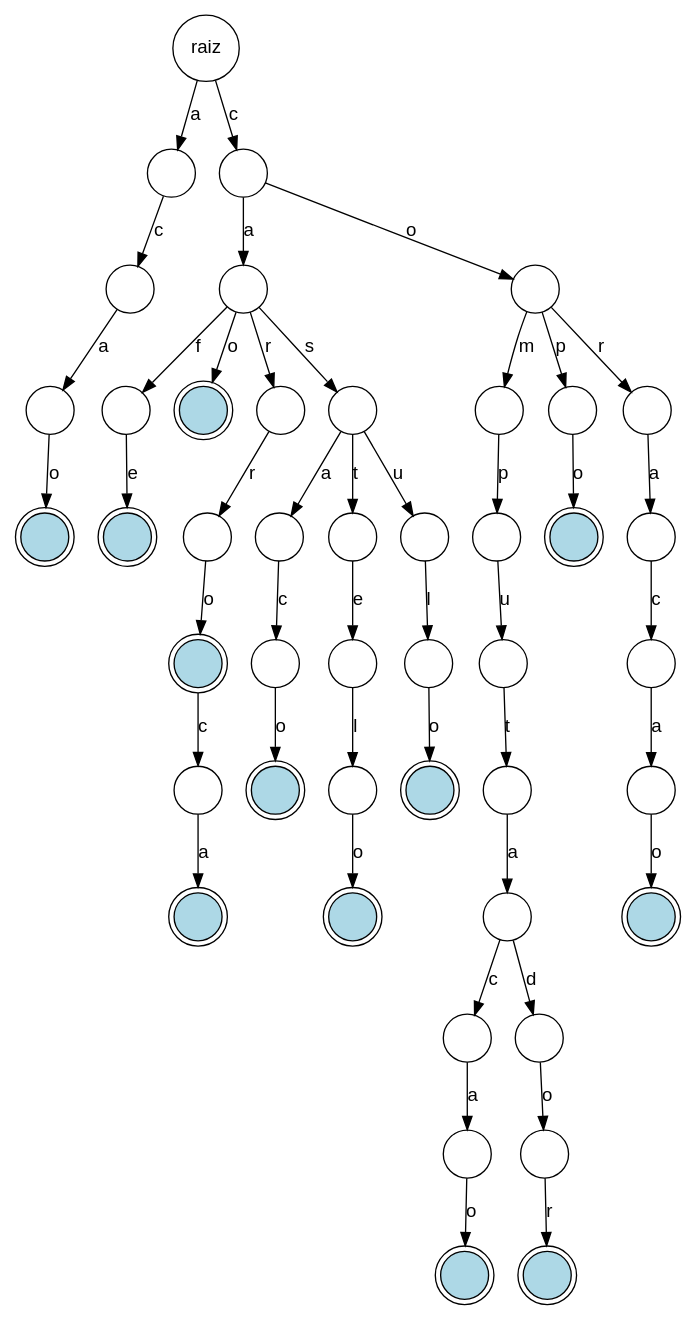
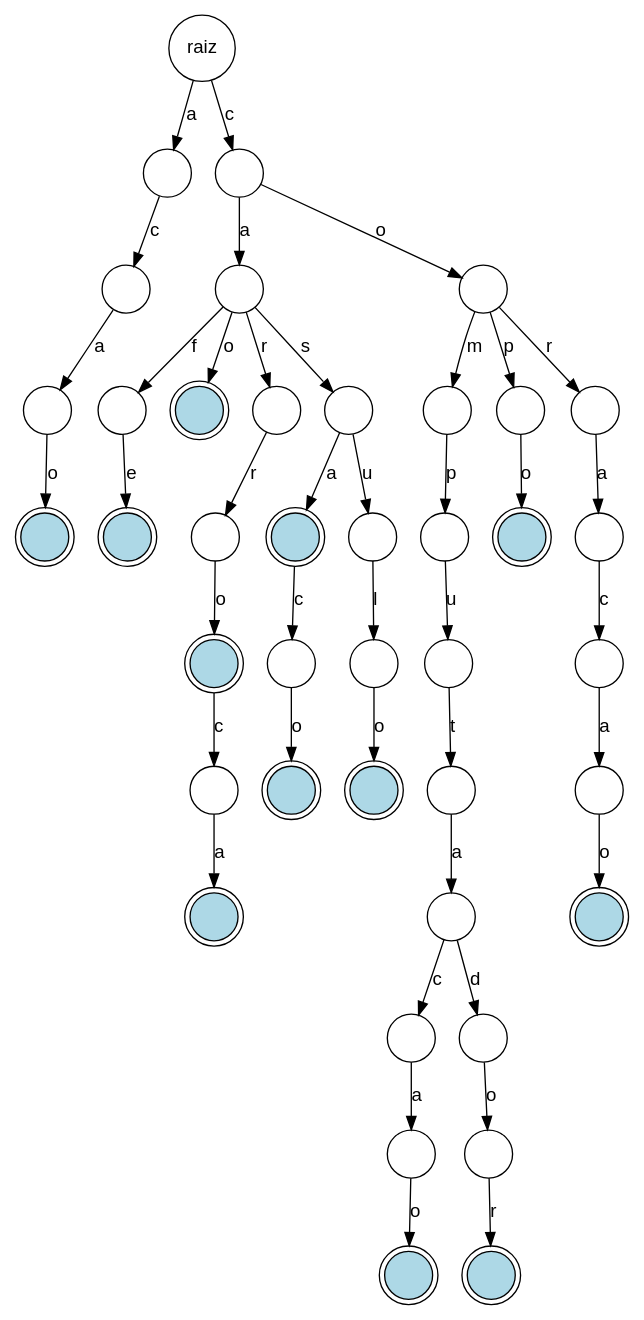
The diagram in data/output/dot/trie3.dot (Ritaa-Marie/Trabalho-Arvores-AEDES2), drawn with Graphviz before and after one commit. The commit also changed 7 other files, not shown here.

```diff
--- a/data/output/dot/trie3.dot
+++ b/data/output/dot/trie3.dot
@@ -1,93 +1,85 @@
 digraph Trie {
     node [fontname="Arial"];
     edge [fontname="Arial"];
-    "0x5fc26b02f550" [label="raiz", shape=circle];
-    "0x5fc26b02f550" -> "0x5fc26b030dd0" [label="a"];
-    "0x5fc26b030dd0" [label="", shape=circle];
-    "0x5fc26b030dd0" -> "0x5fc26b030eb0" [label="c"];
-    "0x5fc26b030eb0" [label="", shape=circle];
-    "0x5fc26b030eb0" -> "0x5fc26b030f90" [label="a"];
-    "0x5fc26b030f90" [label="", shape=circle];
-    "0x5fc26b030f90" -> "0x5fc26b031070" [label="o"];
-    "0x5fc26b031070" [label="", shape=doublecircle, style=filled, fillcolor=lightblue];
-    "0x5fc26b02f550" -> "0x5fc26b02f630" [label="c"];
-    "0x5fc26b02f630" [label="", shape=circle];
-    "0x5fc26b02f630" -> "0x5fc26b02f710" [label="a"];
-    "0x5fc26b02f710" [label="", shape=circle];
-    "0x5fc26b02f710" -> "0x5fc26b02fe10" [label="f"];
-    "0x5fc26b02fe10" [label="", shape=circle];
-    "0x5fc26b02fe10" -> "0x5fc26b02fef0" [label="e"];
-    "0x5fc26b02fef0" [label="", shape=doublecircle, style=filled, fillcolor=lightblue];
-    "0x5fc26b02f710" -> "0x5fc26b0307b0" [label="o"];
-    "0x5fc26b0307b0" [label="", shape=doublecircle, style=filled, fillcolor=lightblue];
-    "0x5fc26b02f710" -> "0x5fc26b02fb70" [label="r"];
-    "0x5fc26b02fb70" [label="", shape=circle];
-    "0x5fc26b02fb70" -> "0x5fc26b02fc50" [label="r"];
-    "0x5fc26b02fc50" [label="", shape=circle];
-    "0x5fc26b02fc50" -> "0x5fc26b02fd30" [label="o"];
-    "0x5fc26b02fd30" [label="", shape=doublecircle, style=filled, fillcolor=lightblue];
-    "0x5fc26b02fd30" -> "0x5fc26b0305f0" [label="c"];
-    "0x5fc26b0305f0" [label="", shape=circle];
-    "0x5fc26b0305f0" -> "0x5fc26b0306d0" [label="a"];
-    "0x5fc26b0306d0" [label="", shape=doublecircle, style=filled, fillcolor=lightblue];
-    "0x5fc26b02f710" -> "0x5fc26b02f7f0" [label="s"];
-    "0x5fc26b02f7f0" [label="", shape=circle];
-    "0x5fc26b02f7f0" -> "0x5fc26b02f8d0" [label="a"];
-    "0x5fc26b02f8d0" [label="", shape=circle];
-    "0x5fc26b02f8d0" -> "0x5fc26b02f9b0" [label="c"];
-    "0x5fc26b02f9b0" [label="", shape=circle];
-    "0x5fc26b02f9b0" -> "0x5fc26b02fa90" [label="o"];
-    "0x5fc26b02fa90" [label="", shape=doublecircle, style=filled, fillcolor=lightblue];
-    "0x5fc26b02f7f0" -> "0x5fc26b02ffd0" [label="t"];
-    "0x5fc26b02ffd0" [label="", shape=circle];
-    "0x5fc26b02ffd0" -> "0x5fc26b0300b0" [label="e"];
-    "0x5fc26b0300b0" [label="", shape=circle];
-    "0x5fc26b0300b0" -> "0x5fc26b030190" [label="l"];
-    "0x5fc26b030190" [label="", shape=circle];
-    "0x5fc26b030190" -> "0x5fc26b030270" [label="o"];
-    "0x5fc26b030270" [label="", shape=doublecircle, style=filled, fillcolor=lightblue];
-    "0x5fc26b02f7f0" -> "0x5fc26b030350" [label="u"];
-    "0x5fc26b030350" [label="", shape=circle];
-    "0x5fc26b030350" -> "0x5fc26b030430" [label="l"];
-    "0x5fc26b030430" [label="", shape=circle];
-    "0x5fc26b030430" -> "0x5fc26b030510" [label="o"];
-    "0x5fc26b030510" [label="", shape=doublecircle, style=filled, fillcolor=lightblue];
-    "0x5fc26b02f630" -> "0x5fc26b030890" [label="o"];
-    "0x5fc26b030890" [label="", shape=circle];
-    "0x5fc26b030890" -> "0x5fc26b031150" [label="m"];
-    "0x5fc26b031150" [label="", shape=circle];
-    "0x5fc26b031150" -> "0x5fc26b031230" [label="p"];
-    "0x5fc26b031230" [label="", shape=circle];
-    "0x5fc26b031230" -> "0x5fc26b031310" [label="u"];
-    "0x5fc26b031310" [label="", shape=circle];
-    "0x5fc26b031310" -> "0x5fc26b0313f0" [label="t"];
-    "0x5fc26b0313f0" [label="", shape=circle];
-    "0x5fc26b0313f0" -> "0x5fc26b0314d0" [label="a"];
-    "0x5fc26b0314d0" [label="", shape=circle];
-    "0x5fc26b0314d0" -> "0x5fc26b0315b0" [label="c"];
-    "0x5fc26b0315b0" [label="", shape=circle];
-    "0x5fc26b0315b0" -> "0x5fc26b031690" [label="a"];
-    "0x5fc26b031690" [label="", shape=circle];
-    "0x5fc26b031690" -> "0x5fc26b031770" [label="o"];
-    "0x5fc26b031770" [label="", shape=doublecircle, style=filled, fillcolor=lightblue];
-    "0x5fc26b0314d0" -> "0x5fc26b031c20" [label="d"];
-    "0x5fc26b031c20" [label="", shape=circle];
-    "0x5fc26b031c20" -> "0x5fc26b031d00" [label="o"];
-    "0x5fc26b031d00" [label="", shape=circle];
-    "0x5fc26b031d00" -> "0x5fc26b031de0" [label="r"];
-    "0x5fc26b031de0" [label="", shape=doublecircle, style=filled, fillcolor=lightblue];
-    "0x5fc26b030890" -> "0x5fc26b031850" [label="p"];
-    "0x5fc26b031850" [label="", shape=circle];
-    "0x5fc26b031850" -> "0x5fc26b031930" [label="o"];
-    "0x5fc26b031930" [label="", shape=doublecircle, style=filled, fillcolor=lightblue];
-    "0x5fc26b030890" -> "0x5fc26b030970" [label="r"];
-    "0x5fc26b030970" [label="", shape=circle];
-    "0x5fc26b030970" -> "0x5fc26b030a50" [label="a"];
-    "0x5fc26b030a50" [label="", shape=circle];
-    "0x5fc26b030a50" -> "0x5fc26b030b30" [label="c"];
-    "0x5fc26b030b30" [label="", shape=circle];
-    "0x5fc26b030b30" -> "0x5fc26b030c10" [label="a"];
-    "0x5fc26b030c10" [label="", shape=circle];
-    "0x5fc26b030c10" -> "0x5fc26b030cf0" [label="o"];
-    "0x5fc26b030cf0" [label="", shape=doublecircle, style=filled, fillcolor=lightblue];
+    "0x60b80f90e550" [label="raiz", shape=circle];
+    "0x60b80f90e550" -> "0x60b80f90fdd0" [label="a"];
+    "0x60b80f90fdd0" [label="", shape=circle];
+    "0x60b80f90fdd0" -> "0x60b80f90feb0" [label="c"];
+    "0x60b80f90feb0" [label="", shape=circle];
+    "0x60b80f90feb0" -> "0x60b80f90ff90" [label="a"];
+    "0x60b80f90ff90" [label="", shape=circle];
+    "0x60b80f90ff90" -> "0x60b80f910070" [label="o"];
+    "0x60b80f910070" [label="", shape=doublecircle, style=filled, fillcolor=lightblue];
+    "0x60b80f90e550" -> "0x60b80f90e630" [label="c"];
+    "0x60b80f90e630" [label="", shape=circle];
+    "0x60b80f90e630" -> "0x60b80f90e710" [label="a"];
+    "0x60b80f90e710" [label="", shape=circle];
+    "0x60b80f90e710" -> "0x60b80f90ee10" [label="f"];
+    "0x60b80f90ee10" [label="", shape=circle];
+    "0x60b80f90ee10" -> "0x60b80f90eef0" [label="e"];
+    "0x60b80f90eef0" [label="", shape=doublecircle, style=filled, fillcolor=lightblue];
+    "0x60b80f90e710" -> "0x60b80f90f7b0" [label="o"];
+    "0x60b80f90f7b0" [label="", shape=doublecircle, style=filled, fillcolor=lightblue];
+    "0x60b80f90e710" -> "0x60b80f90eb70" [label="r"];
+    "0x60b80f90eb70" [label="", shape=circle];
+    "0x60b80f90eb70" -> "0x60b80f90ec50" [label="r"];
+    "0x60b80f90ec50" [label="", shape=circle];
+    "0x60b80f90ec50" -> "0x60b80f90ed30" [label="o"];
+    "0x60b80f90ed30" [label="", shape=doublecircle, style=filled, fillcolor=lightblue];
+    "0x60b80f90ed30" -> "0x60b80f90f5f0" [label="c"];
+    "0x60b80f90f5f0" [label="", shape=circle];
+    "0x60b80f90f5f0" -> "0x60b80f90f6d0" [label="a"];
+    "0x60b80f90f6d0" [label="", shape=doublecircle, style=filled, fillcolor=lightblue];
+    "0x60b80f90e710" -> "0x60b80f90e7f0" [label="s"];
+    "0x60b80f90e7f0" [label="", shape=circle];
+    "0x60b80f90e7f0" -> "0x60b80f90e8d0" [label="a"];
+    "0x60b80f90e8d0" [label="", shape=doublecircle, style=filled, fillcolor=lightblue];
+    "0x60b80f90e8d0" -> "0x60b80f90e9b0" [label="c"];
+    "0x60b80f90e9b0" [label="", shape=circle];
+    "0x60b80f90e9b0" -> "0x60b80f90ea90" [label="o"];
+    "0x60b80f90ea90" [label="", shape=doublecircle, style=filled, fillcolor=lightblue];
+    "0x60b80f90e7f0" -> "0x60b80f90f350" [label="u"];
+    "0x60b80f90f350" [label="", shape=circle];
+    "0x60b80f90f350" -> "0x60b80f90f430" [label="l"];
+    "0x60b80f90f430" [label="", shape=circle];
+    "0x60b80f90f430" -> "0x60b80f90f510" [label="o"];
+    "0x60b80f90f510" [label="", shape=doublecircle, style=filled, fillcolor=lightblue];
+    "0x60b80f90e630" -> "0x60b80f90f890" [label="o"];
+    "0x60b80f90f890" [label="", shape=circle];
+    "0x60b80f90f890" -> "0x60b80f910150" [label="m"];
+    "0x60b80f910150" [label="", shape=circle];
+    "0x60b80f910150" -> "0x60b80f910230" [label="p"];
+    "0x60b80f910230" [label="", shape=circle];
+    "0x60b80f910230" -> "0x60b80f910310" [label="u"];
+    "0x60b80f910310" [label="", shape=circle];
+    "0x60b80f910310" -> "0x60b80f9103f0" [label="t"];
+    "0x60b80f9103f0" [label="", shape=circle];
+    "0x60b80f9103f0" -> "0x60b80f9104d0" [label="a"];
+    "0x60b80f9104d0" [label="", shape=circle];
+    "0x60b80f9104d0" -> "0x60b80f9105b0" [label="c"];
+    "0x60b80f9105b0" [label="", shape=circle];
+    "0x60b80f9105b0" -> "0x60b80f910690" [label="a"];
+    "0x60b80f910690" [label="", shape=circle];
+    "0x60b80f910690" -> "0x60b80f910770" [label="o"];
+    "0x60b80f910770" [label="", shape=doublecircle, style=filled, fillcolor=lightblue];
+    "0x60b80f9104d0" -> "0x60b80f910c20" [label="d"];
+    "0x60b80f910c20" [label="", shape=circle];
+    "0x60b80f910c20" -> "0x60b80f910d00" [label="o"];
+    "0x60b80f910d00" [label="", shape=circle];
+    "0x60b80f910d00" -> "0x60b80f910de0" [label="r"];
+    "0x60b80f910de0" [label="", shape=doublecircle, style=filled, fillcolor=lightblue];
+    "0x60b80f90f890" -> "0x60b80f910850" [label="p"];
+    "0x60b80f910850" [label="", shape=circle];
+    "0x60b80f910850" -> "0x60b80f910930" [label="o"];
+    "0x60b80f910930" [label="", shape=doublecircle, style=filled, fillcolor=lightblue];
+    "0x60b80f90f890" -> "0x60b80f90f970" [label="r"];
+    "0x60b80f90f970" [label="", shape=circle];
+    "0x60b80f90f970" -> "0x60b80f90fa50" [label="a"];
+    "0x60b80f90fa50" [label="", shape=circle];
+    "0x60b80f90fa50" -> "0x60b80f90fb30" [label="c"];
+    "0x60b80f90fb30" [label="", shape=circle];
+    "0x60b80f90fb30" -> "0x60b80f90fc10" [label="a"];
+    "0x60b80f90fc10" [label="", shape=circle];
+    "0x60b80f90fc10" -> "0x60b80f90fcf0" [label="o"];
+    "0x60b80f90fcf0" [label="", shape=doublecircle, style=filled, fillcolor=lightblue];
 }
```
